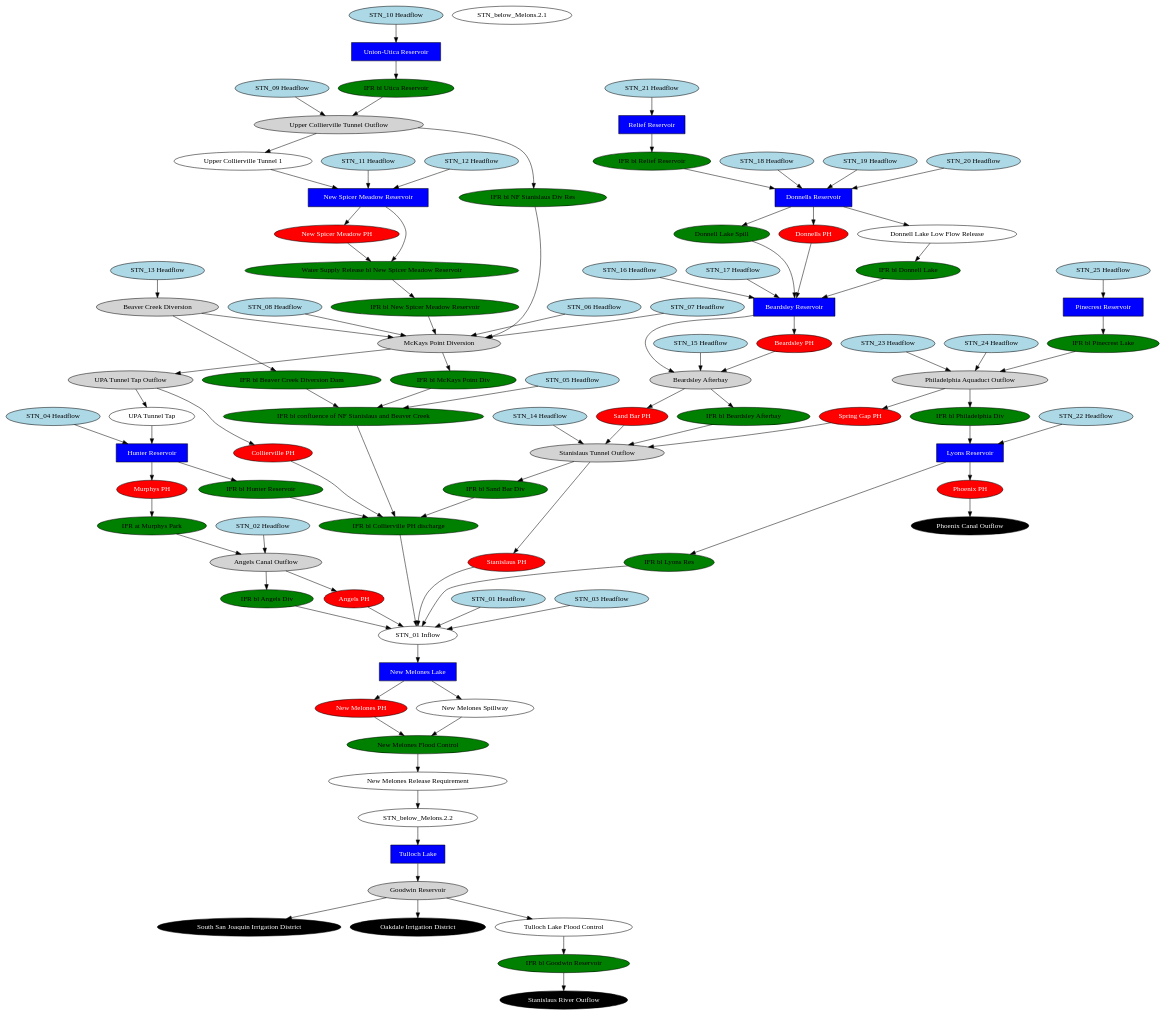
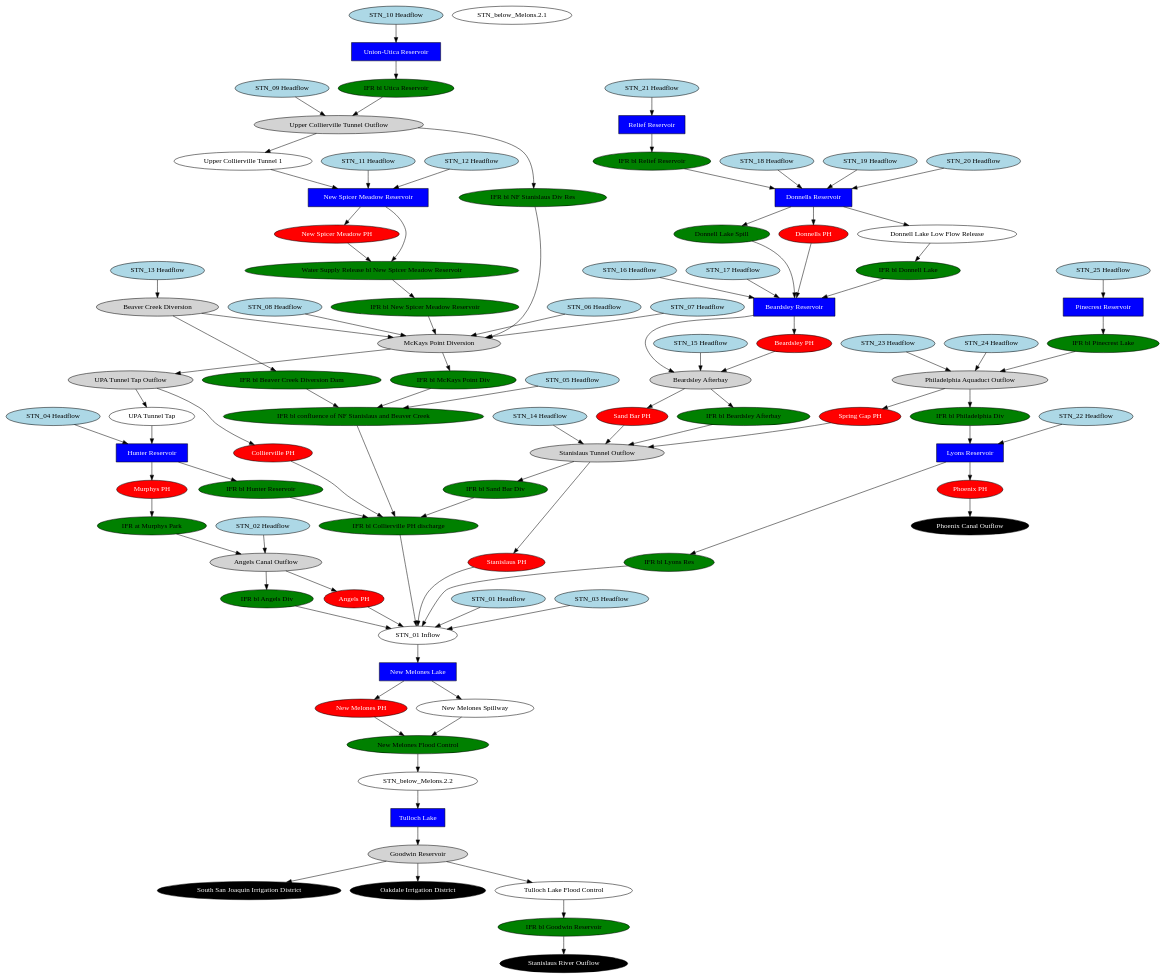
One commit to vicelab/cen-sierra-pywr changed the diagram in schematics/stanislaus_schematic_simplified.gv. Above: the diagram before and after it, drawn with Graphviz. The commit also changed 7 other files, not shown here.

Commit message:
update schematics

```diff
--- a/schematics/stanislaus_schematic_simplified.gv
+++ b/schematics/stanislaus_schematic_simplified.gv
@@ -1,193 +1,191 @@
 // stanislaus
 digraph stanislaus {
 	"Angels PH" [fillcolor=red fontcolor=white shape=oval style=filled]
 	"Angels Canal Outflow" [fillcolor=lightgrey fontcolor=black shape=oval style=filled]
 	"Beardsley Reservoir" [fillcolor=blue fontcolor=white shape=rect style=filled]
 	"Beardsley PH" [fillcolor=red fontcolor=white shape=oval style=filled]
 	"Beaver Creek Diversion" [fillcolor=lightgrey fontcolor=black shape=oval style=filled]
 	"Collierville PH" [fillcolor=red fontcolor=white shape=oval style=filled]
 	"Donnells PH" [fillcolor=red fontcolor=white shape=oval style=filled]
 	"Donnells Reservoir" [fillcolor=blue fontcolor=white shape=rect style=filled]
 	"Donnell Lake Low Flow Release" [fillcolor=white fontcolor=black shape=oval style=filled]
 	"IFR bl Angels Div" [fillcolor=green fontcolor=black shape=oval style=filled]
 	"IFR bl Collierville PH discharge" [fillcolor=green fontcolor=black shape=oval style=filled]
 	"IFR at Murphys Park" [fillcolor=green fontcolor=black shape=oval style=filled]
 	"IFR bl Donnell Lake" [fillcolor=green fontcolor=black shape=oval style=filled]
 	"IFR bl Hunter Reservoir" [fillcolor=green fontcolor=black shape=oval style=filled]
 	"IFR bl Lyons Res" [fillcolor=green fontcolor=black shape=oval style=filled]
 	"IFR bl McKays Point Div" [fillcolor=green fontcolor=black shape=oval style=filled]
 	"Water Supply Release bl New Spicer Meadow Reservoir" [fillcolor=green fontcolor=black shape=oval style=filled]
 	"IFR bl New Spicer Meadow Reservoir" [fillcolor=green fontcolor=black shape=oval style=filled]
 	"IFR bl Philadelphia Div" [fillcolor=green fontcolor=black shape=oval style=filled]
 	"IFR bl Relief Reservoir" [fillcolor=green fontcolor=black shape=oval style=filled]
 	"IFR bl Sand Bar Div" [fillcolor=green fontcolor=black shape=oval style=filled]
 	"IFR bl NF Stanislaus Div Res" [fillcolor=green fontcolor=black shape=oval style=filled]
 	"IFR bl Beaver Creek Diversion Dam" [fillcolor=green fontcolor=black shape=oval style=filled]
 	"IFR bl confluence of NF Stanislaus and Beaver Creek" [fillcolor=green fontcolor=black shape=oval style=filled]
 	"IFR bl Goodwin Reservoir" [fillcolor=green fontcolor=black shape=oval style=filled]
 	"IFR bl Pinecrest Lake" [fillcolor=green fontcolor=black shape=oval style=filled]
 	"IFR bl Utica Reservoir" [fillcolor=green fontcolor=black shape=oval style=filled]
 	"IFR bl Beardsley Afterbay" [fillcolor=green fontcolor=black shape=oval style=filled]
 	"Hunter Reservoir" [fillcolor=blue fontcolor=white shape=rect style=filled]
 	"Lyons Reservoir" [fillcolor=blue fontcolor=white shape=rect style=filled]
 	"McKays Point Diversion" [fillcolor=lightgrey fontcolor=black shape=oval style=filled]
 	"Murphys PH" [fillcolor=red fontcolor=white shape=oval style=filled]
 	"New Melones Lake" [fillcolor=blue fontcolor=white shape=rect style=filled]
 	"New Melones PH" [fillcolor=red fontcolor=white shape=oval style=filled]
 	"New Spicer Meadow Reservoir" [fillcolor=blue fontcolor=white shape=rect style=filled]
 	"New Spicer Meadow PH" [fillcolor=red fontcolor=white shape=oval style=filled]
 	"Philadelphia Aquaduct Outflow" [fillcolor=lightgrey fontcolor=black shape=oval style=filled]
 	"Phoenix Canal Outflow" [fillcolor=black fontcolor=white shape=oval style=filled]
 	"Phoenix PH" [fillcolor=red fontcolor=white shape=oval style=filled]
 	"Pinecrest Reservoir" [fillcolor=blue fontcolor=white shape=rect style=filled]
 	"Relief Reservoir" [fillcolor=blue fontcolor=white shape=rect style=filled]
 	"Sand Bar PH" [fillcolor=red fontcolor=white shape=oval style=filled]
 	"Beardsley Afterbay" [fillcolor=lightgrey fontcolor=black shape=oval style=filled]
 	"Spring Gap PH" [fillcolor=red fontcolor=white shape=oval style=filled]
 	"Stanislaus PH" [fillcolor=red fontcolor=white shape=oval style=filled]
 	"Stanislaus Tunnel Outflow" [fillcolor=lightgrey fontcolor=black shape=oval style=filled]
 	"South San Joaquin Irrigation District" [fillcolor=black fontcolor=white shape=oval style=filled]
 	"Oakdale Irrigation District" [fillcolor=black fontcolor=white shape=oval style=filled]
 	"Stanislaus River Outflow" [fillcolor=black fontcolor=white shape=oval style=filled]
 	"STN_01 Headflow" [fillcolor=lightblue fontcolor=black shape=oval style=filled]
 	"STN_01 Inflow" [fillcolor=white fontcolor=black shape=oval style=filled]
 	"STN_02 Headflow" [fillcolor=lightblue fontcolor=black shape=oval style=filled]
 	"STN_03 Headflow" [fillcolor=lightblue fontcolor=black shape=oval style=filled]
 	"STN_04 Headflow" [fillcolor=lightblue fontcolor=black shape=oval style=filled]
 	"STN_05 Headflow" [fillcolor=lightblue fontcolor=black shape=oval style=filled]
 	"STN_06 Headflow" [fillcolor=lightblue fontcolor=black shape=oval style=filled]
 	"STN_07 Headflow" [fillcolor=lightblue fontcolor=black shape=oval style=filled]
 	"STN_08 Headflow" [fillcolor=lightblue fontcolor=black shape=oval style=filled]
 	"STN_09 Headflow" [fillcolor=lightblue fontcolor=black shape=oval style=filled]
 	"STN_10 Headflow" [fillcolor=lightblue fontcolor=black shape=oval style=filled]
 	"STN_11 Headflow" [fillcolor=lightblue fontcolor=black shape=oval style=filled]
 	"STN_12 Headflow" [fillcolor=lightblue fontcolor=black shape=oval style=filled]
 	"STN_13 Headflow" [fillcolor=lightblue fontcolor=black shape=oval style=filled]
 	"STN_14 Headflow" [fillcolor=lightblue fontcolor=black shape=oval style=filled]
 	"STN_15 Headflow" [fillcolor=lightblue fontcolor=black shape=oval style=filled]
 	"STN_16 Headflow" [fillcolor=lightblue fontcolor=black shape=oval style=filled]
 	"STN_17 Headflow" [fillcolor=lightblue fontcolor=black shape=oval style=filled]
 	"STN_18 Headflow" [fillcolor=lightblue fontcolor=black shape=oval style=filled]
 	"STN_19 Headflow" [fillcolor=lightblue fontcolor=black shape=oval style=filled]
 	"STN_20 Headflow" [fillcolor=lightblue fontcolor=black shape=oval style=filled]
 	"STN_21 Headflow" [fillcolor=lightblue fontcolor=black shape=oval style=filled]
 	"STN_22 Headflow" [fillcolor=lightblue fontcolor=black shape=oval style=filled]
 	"STN_23 Headflow" [fillcolor=lightblue fontcolor=black shape=oval style=filled]
 	"STN_24 Headflow" [fillcolor=lightblue fontcolor=black shape=oval style=filled]
 	"STN_25 Headflow" [fillcolor=lightblue fontcolor=black shape=oval style=filled]
 	"Tulloch Lake" [fillcolor=blue fontcolor=white shape=rect style=filled]
 	"Tulloch Lake Flood Control" [fillcolor=white fontcolor=black shape=oval style=filled]
 	"Donnell Lake Spill" [fillcolor=green fontcolor=black shape=oval style=filled]
 	"Goodwin Reservoir" [fillcolor=lightgrey fontcolor=black shape=oval style=filled]
 	"Union-Utica Reservoir" [fillcolor=blue fontcolor=white shape=rect style=filled]
 	"UPA Tunnel Tap" [fillcolor=white fontcolor=black shape=oval style=filled]
 	"UPA Tunnel Tap Outflow" [fillcolor=lightgrey fontcolor=black shape=oval style=filled]
 	"Upper Collierville Tunnel Outflow" [fillcolor=lightgrey fontcolor=black shape=oval style=filled]
 	"Upper Collierville Tunnel 1" [fillcolor=white fontcolor=black shape=oval style=filled]
-	"New Melones Release Requirement" [fillcolor=white fontcolor=black shape=oval style=filled]
 	"New Melones Flood Control" [fillcolor=green fontcolor=black shape=oval style=filled]
 	"New Melones Spillway" [fillcolor=white fontcolor=black shape=oval style=filled]
 	"STN_below_Melons.2.1" [fillcolor=white fontcolor=black shape=oval style=filled]
 	"STN_below_Melons.2.2" [fillcolor=white fontcolor=black shape=oval style=filled]
 	"Angels Canal Outflow" -> "Angels PH"
 	"Angels Canal Outflow" -> "IFR bl Angels Div"
 	"Donnells Reservoir" -> "Donnells PH"
 	"Donnells Reservoir" -> "Donnell Lake Low Flow Release"
 	"Donnell Lake Low Flow Release" -> "IFR bl Donnell Lake"
 	"Donnells Reservoir" -> "Donnell Lake Spill"
 	"Upper Collierville Tunnel Outflow" -> "IFR bl NF Stanislaus Div Res"
 	"McKays Point Diversion" -> "UPA Tunnel Tap Outflow"
 	"Hunter Reservoir" -> "IFR bl Hunter Reservoir"
 	"Water Supply Release bl New Spicer Meadow Reservoir" -> "IFR bl New Spicer Meadow Reservoir"
 	"New Spicer Meadow Reservoir" -> "New Spicer Meadow PH"
 	"Philadelphia Aquaduct Outflow" -> "Spring Gap PH"
 	"Pinecrest Reservoir" -> "IFR bl Pinecrest Lake"
 	"Relief Reservoir" -> "IFR bl Relief Reservoir"
 	"Beardsley Afterbay" -> "Sand Bar PH"
 	"Stanislaus Tunnel Outflow" -> "Stanislaus PH"
 	"STN_01 Headflow" -> "STN_01 Inflow"
 	"McKays Point Diversion" -> "IFR bl McKays Point Div"
 	"Union-Utica Reservoir" -> "IFR bl Utica Reservoir"
 	"Beardsley Afterbay" -> "IFR bl Beardsley Afterbay"
 	"Beardsley Reservoir" -> "Beardsley PH"
 	"UPA Tunnel Tap Outflow" -> "UPA Tunnel Tap"
 	"UPA Tunnel Tap" -> "Hunter Reservoir"
 	"UPA Tunnel Tap Outflow" -> "Collierville PH"
 	"Stanislaus Tunnel Outflow" -> "IFR bl Sand Bar Div"
 	"Lyons Reservoir" -> "IFR bl Lyons Res"
 	"Goodwin Reservoir" -> "Oakdale Irrigation District"
 	"Goodwin Reservoir" -> "South San Joaquin Irrigation District"
 	"Goodwin Reservoir" -> "Tulloch Lake Flood Control"
 	"Tulloch Lake Flood Control" -> "IFR bl Goodwin Reservoir"
 	"New Melones Lake" -> "New Melones PH"
 	"STN_01 Inflow" -> "New Melones Lake"
 	"Upper Collierville Tunnel Outflow" -> "Upper Collierville Tunnel 1"
 	"Angels PH" -> "STN_01 Inflow"
 	"IFR bl Angels Div" -> "STN_01 Inflow"
 	"IFR bl Beaver Creek Diversion Dam" -> "IFR bl confluence of NF Stanislaus and Beaver Creek"
 	"Beaver Creek Diversion" -> "IFR bl Beaver Creek Diversion Dam"
 	"Beaver Creek Diversion" -> "McKays Point Diversion"
 	"Phoenix PH" -> "Phoenix Canal Outflow"
 	"New Spicer Meadow Reservoir" -> "Water Supply Release bl New Spicer Meadow Reservoir"
 	"New Spicer Meadow PH" -> "Water Supply Release bl New Spicer Meadow Reservoir"
 	"Murphys PH" -> "IFR at Murphys Park"
 	"IFR bl Sand Bar Div" -> "IFR bl Collierville PH discharge"
 	"IFR bl Hunter Reservoir" -> "IFR bl Collierville PH discharge"
 	"IFR bl confluence of NF Stanislaus and Beaver Creek" -> "IFR bl Collierville PH discharge"
 	"Sand Bar PH" -> "Stanislaus Tunnel Outflow"
 	"Philadelphia Aquaduct Outflow" -> "IFR bl Philadelphia Div"
 	"IFR bl Lyons Res" -> "STN_01 Inflow"
 	"IFR bl Goodwin Reservoir" -> "Stanislaus River Outflow"
 	"STN_02 Headflow" -> "Angels Canal Outflow"
 	"IFR at Murphys Park" -> "Angels Canal Outflow"
 	"IFR bl Collierville PH discharge" -> "STN_01 Inflow"
 	"STN_03 Headflow" -> "STN_01 Inflow"
 	"STN_04 Headflow" -> "Hunter Reservoir"
 	"STN_05 Headflow" -> "IFR bl confluence of NF Stanislaus and Beaver Creek"
 	"IFR bl McKays Point Div" -> "IFR bl confluence of NF Stanislaus and Beaver Creek"
 	"STN_06 Headflow" -> "McKays Point Diversion"
 	"STN_07 Headflow" -> "McKays Point Diversion"
 	"IFR bl New Spicer Meadow Reservoir" -> "McKays Point Diversion"
 	"STN_08 Headflow" -> "McKays Point Diversion"
 	"IFR bl NF Stanislaus Div Res" -> "McKays Point Diversion"
 	"STN_09 Headflow" -> "Upper Collierville Tunnel Outflow"
 	"IFR bl Utica Reservoir" -> "Upper Collierville Tunnel Outflow"
 	"STN_10 Headflow" -> "Union-Utica Reservoir"
 	"STN_11 Headflow" -> "New Spicer Meadow Reservoir"
 	"STN_13 Headflow" -> "Beaver Creek Diversion"
 	"STN_14 Headflow" -> "Stanislaus Tunnel Outflow"
 	"IFR bl Beardsley Afterbay" -> "Stanislaus Tunnel Outflow"
 	"STN_15 Headflow" -> "Beardsley Afterbay"
 	"Beardsley Reservoir" -> "Beardsley Afterbay"
 	"Beardsley PH" -> "Beardsley Afterbay"
 	"STN_16 Headflow" -> "Beardsley Reservoir"
 	"STN_17 Headflow" -> "Beardsley Reservoir"
 	"Donnell Lake Spill" -> "Beardsley Reservoir"
 	"IFR bl Donnell Lake" -> "Beardsley Reservoir"
 	"STN_18 Headflow" -> "Donnells Reservoir"
 	"STN_19 Headflow" -> "Donnells Reservoir"
 	"STN_21 Headflow" -> "Relief Reservoir"
 	"IFR bl Philadelphia Div" -> "Lyons Reservoir"
 	"STN_22 Headflow" -> "Lyons Reservoir"
 	"STN_23 Headflow" -> "Philadelphia Aquaduct Outflow"
 	"IFR bl Pinecrest Lake" -> "Philadelphia Aquaduct Outflow"
 	"STN_24 Headflow" -> "Philadelphia Aquaduct Outflow"
 	"STN_25 Headflow" -> "Pinecrest Reservoir"
 	"IFR bl Relief Reservoir" -> "Donnells Reservoir"
 	"STN_20 Headflow" -> "Donnells Reservoir"
 	"Hunter Reservoir" -> "Murphys PH"
 	"STN_12 Headflow" -> "New Spicer Meadow Reservoir"
 	"Donnells PH" -> "Beardsley Reservoir"
 	"Upper Collierville Tunnel 1" -> "New Spicer Meadow Reservoir"
 	"Collierville PH" -> "IFR bl Collierville PH discharge"
 	"Stanislaus PH" -> "STN_01 Inflow"
 	"Spring Gap PH" -> "Stanislaus Tunnel Outflow"
 	"Lyons Reservoir" -> "Phoenix PH"
 	"New Melones Lake" -> "New Melones Spillway"
 	"New Melones PH" -> "New Melones Flood Control"
 	"New Melones Spillway" -> "New Melones Flood Control"
 	"Tulloch Lake" -> "Goodwin Reservoir"
 	"STN_below_Melons.2.2" -> "Tulloch Lake"
-	"New Melones Flood Control" -> "New Melones Release Requirement"
-	"New Melones Release Requirement" -> "STN_below_Melons.2.2"
+	"New Melones Flood Control" -> "STN_below_Melons.2.2"
 }
```
